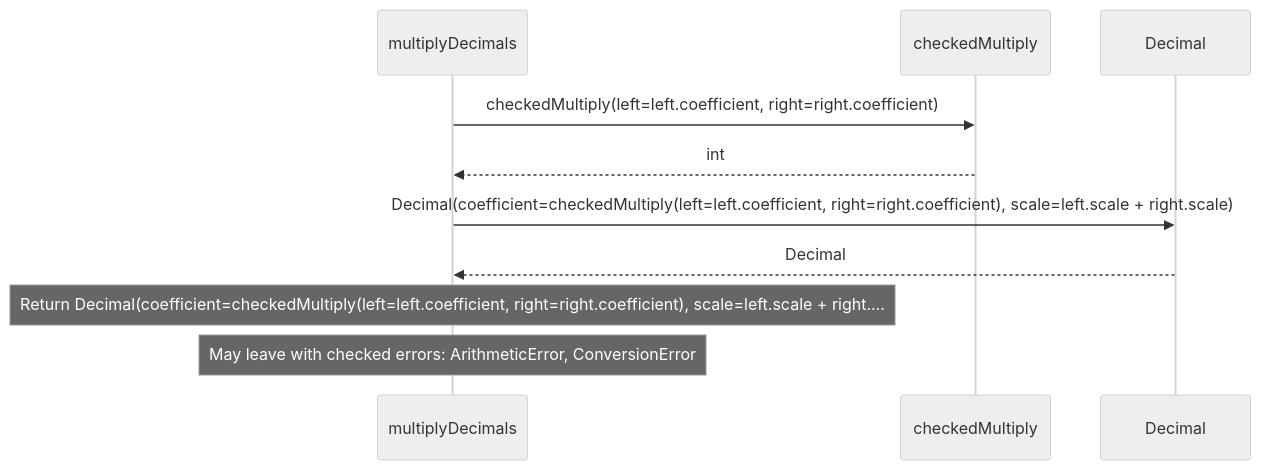
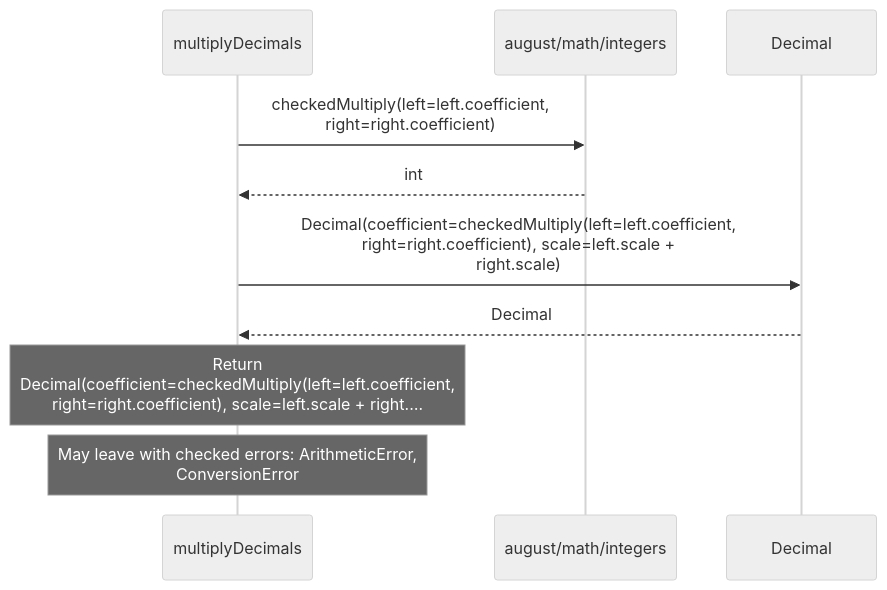
One commit to GreenPandaStudios/augscript changed the eighth of 10 diagrams in src/stdlib/math/decimals.aug.diagrams.md. Above: the diagram before and after it, drawn with Mermaid (neutral theme). The commit also changed other lines of this file and 200 other files, not shown here.

Commit message:
Group imported operations and wrap readable sequence messages

````diff
--- a/src/stdlib/math/decimals.aug.diagrams.md
+++ b/src/stdlib/math/decimals.aug.diagrams.md
@@ -248,12 +238,12 @@
 ```mermaid
 sequenceDiagram
     participant p0 as multiplyDecimals
-    participant p1 as checkedMultiply
+    participant p1 as august/math/integers
     participant p2 as Decimal
-    p0->>p1: checkedMultiply(left=left.coefficient, right=right.coefficient)
+    p0->>p1: checkedMultiply(left=left.coefficient,<br/>right=right.coefficient)
     p1-->>p0: int
-    p0->>p2: Decimal(coefficient=checkedMultiply(left=left.coefficient, right=right.coefficient), scale=left.scale + right.scale)
+    p0->>p2: Decimal(coefficient=checkedMultiply(left=left.coefficient,<br/>right=right.coefficient), scale=left.scale +<br/>right.scale)
     p2-->>p0: Decimal
-    Note over p0: Return Decimal(coefficient=checkedMultiply(left=left.coefficient, right=right.coefficient), scale=left.scale + right.…
-    Note over p0: May leave with checked errors: ArithmeticError, ConversionError
+    Note over p0: Return<br/>Decimal(coefficient=checkedMultiply(left=left.coefficient,<br/>right=right.coefficient), scale=left.scale + right.…
+    Note over p0: May leave with checked errors: ArithmeticError,<br/>ConversionError
 ```
````
